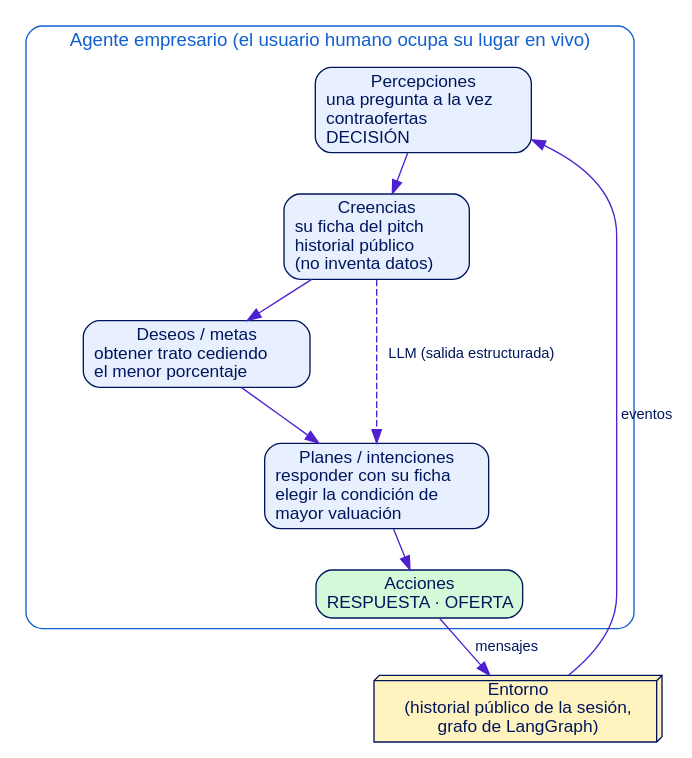
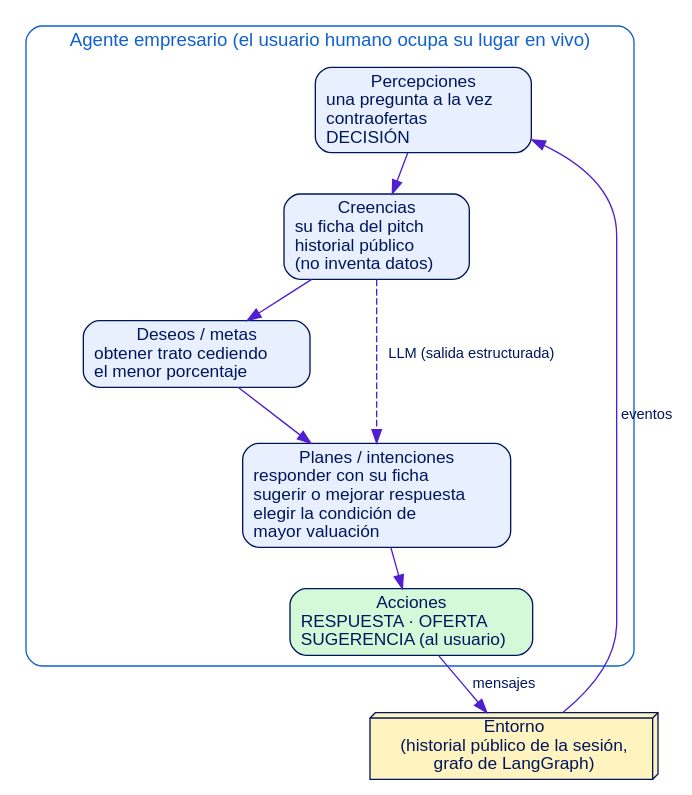
The diagram in docs/figuras/f09b_agente_emprendedor.dot (albertolopezb/NeuralHub), drawn with Graphviz before and after one commit. The commit also changed 39 other files, not shown here.

Commit message:
Corrige el audio cortado al responder, avisa mientras prepara la voz y alinea documento y diagramas con el sistema final

```diff
--- a/docs/figuras/f09b_agente_emprendedor.dot
+++ b/docs/figuras/f09b_agente_emprendedor.dot
@@ -1,6 +1,6 @@
 digraph G{ bgcolor=white; fontname="Helvetica"; node[fontname="Helvetica",fontsize=13,color="#00165C",fontcolor="#00165C",style="rounded,filled",fillcolor="#E8F0FF",shape=box]; edge[fontname="Helvetica",fontsize=11,color="#4F1FD0",fontcolor="#00165C"]; rankdir=TB; nodesep=.35; ranksep=.4;
 subgraph cluster_a{label="Agente empresario (el usuario humano ocupa su lugar en vivo)";fontcolor="#1060D0";color="#1060D0";style="rounded";fontname="Helvetica";fontsize=14;
- P[label="Percepciones\nuna pregunta a la vez\lcontraofertas\lDECISIÓN\l"]; B[label="Creencias\nsu ficha del pitch\lhistorial público\l(no inventa datos)\l"]; D[label="Deseos / metas\nobtener trato cediendo\lel menor porcentaje\l"]; I[label="Planes / intenciones\nresponder con su ficha\lelegir la condición de\lmayor valuación\l"]; Ac[label="Acciones\nRESPUESTA · OFERTA\l",fillcolor="#D3F9D8"]; P->B->D->I->Ac;
+ P[label="Percepciones\nuna pregunta a la vez\lcontraofertas\lDECISIÓN\l"]; B[label="Creencias\nsu ficha del pitch\lhistorial público\l(no inventa datos)\l"]; D[label="Deseos / metas\nobtener trato cediendo\lel menor porcentaje\l"]; I[label="Planes / intenciones\nresponder con su ficha\lsugerir o mejorar respuesta\lelegir la condición de\lmayor valuación\l"]; Ac[label="Acciones\nRESPUESTA · OFERTA\lSUGERENCIA (al usuario)\l",fillcolor="#D3F9D8"]; P->B->D->I->Ac;
  B->I[style=dashed,label="LLM (salida estructurada)"];}
 Ent[label="Entorno\n(historial público de la sesión,\ngrafo de LangGraph)",shape=box3d,fillcolor="#FFF3BF"];
 Ent->P[label="eventos"]; Ac->Ent[label="mensajes"];}
```
